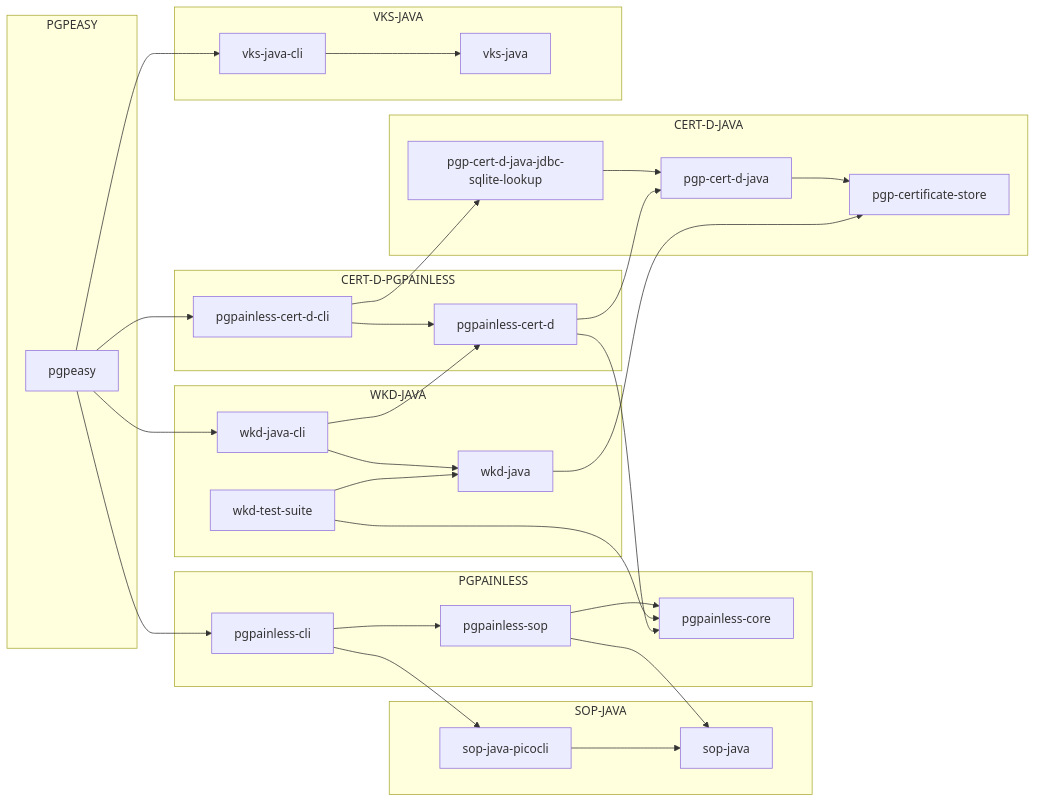
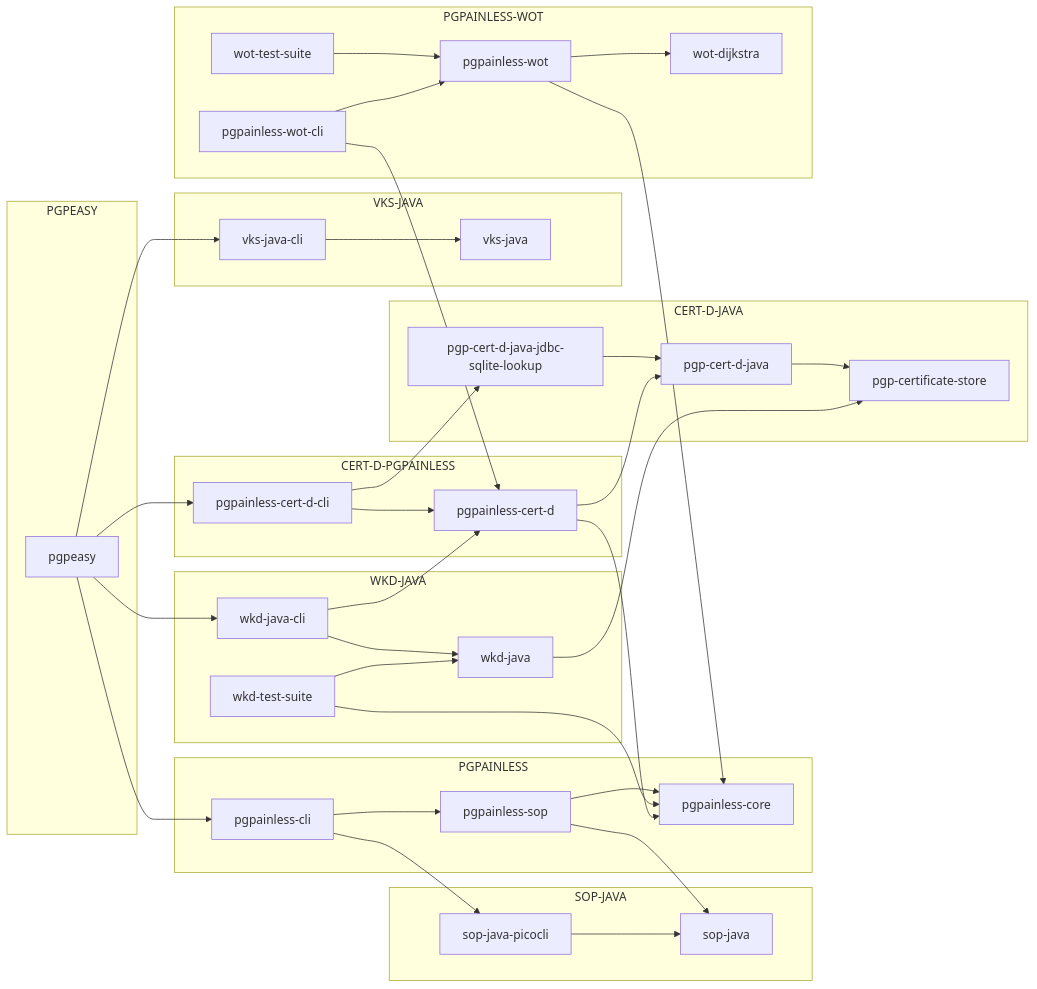
One commit to pgpainless/pgpainless changed the diagram in docs/source/ecosystem_dia.md. Above: the diagram before and after it, drawn with Mermaid. The commit also changed 3 other files, not shown here.

Commit message:
Update ecosystem diagram

````diff
--- a/docs/source/ecosystem_dia.md
+++ b/docs/source/ecosystem_dia.md
@@ -1,38 +1,45 @@
 ```mermaid
 flowchart LR
     subgraph SOP-JAVA
     sop-java-picocli-->sop-java
     end
     subgraph PGPAINLESS
     pgpainless-sop-->pgpainless-core
     pgpainless-sop-->sop-java
     pgpainless-cli-->pgpainless-sop
     pgpainless-cli-->sop-java-picocli
     end
     subgraph WKD-JAVA
     wkd-java-cli-->wkd-java
     wkd-test-suite-->wkd-java
     wkd-test-suite-->pgpainless-core
     end
     subgraph CERT-D-JAVA
     pgp-cert-d-java-->pgp-certificate-store
     pgp-cert-d-java-jdbc-sqlite-lookup-->pgp-cert-d-java
     end
     subgraph CERT-D-PGPAINLESS
     pgpainless-cert-d-->pgpainless-core
     pgpainless-cert-d-->pgp-cert-d-java
     pgpainless-cert-d-cli-->pgpainless-cert-d
     pgpainless-cert-d-cli-->pgp-cert-d-java-jdbc-sqlite-lookup
     end
     subgraph VKS-JAVA
     vks-java-cli-->vks-java
     end
+    subgraph PGPAINLESS-WOT
+    wot-test-suite-->pgpainless-wot
+    pgpainless-wot-->wot-dijkstra
+    pgpainless-wot-cli-->pgpainless-wot
+    pgpainless-wot-->pgpainless-core
+    pgpainless-wot-cli-->pgpainless-cert-d
+    end
     subgraph PGPEASY
     pgpeasy-->pgpainless-cli
     pgpeasy-->wkd-java-cli
     pgpeasy-->vks-java-cli
     pgpeasy-->pgpainless-cert-d-cli
     end
     wkd-java-cli-->pgpainless-cert-d
     wkd-java-->pgp-certificate-store
 ```
````
